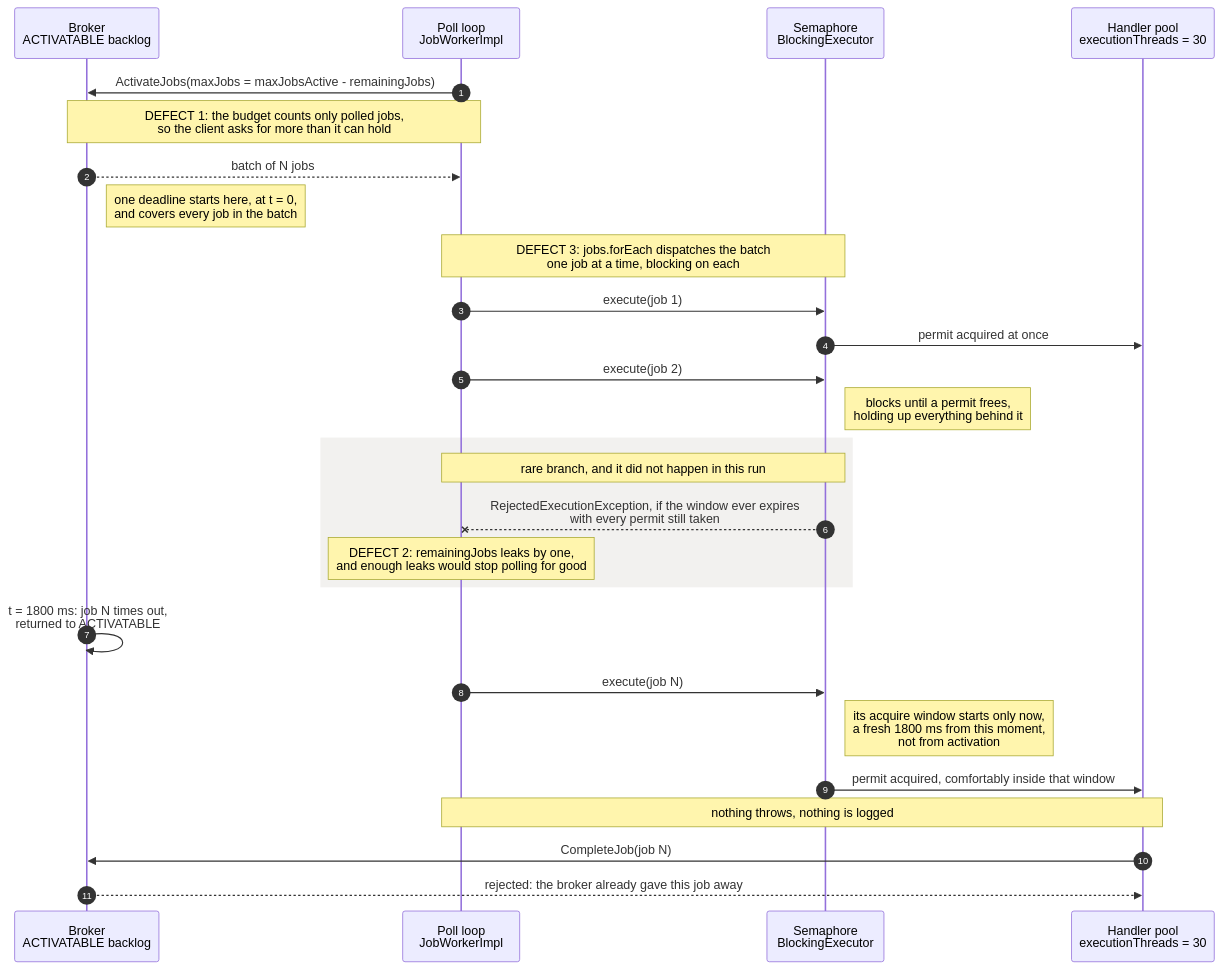
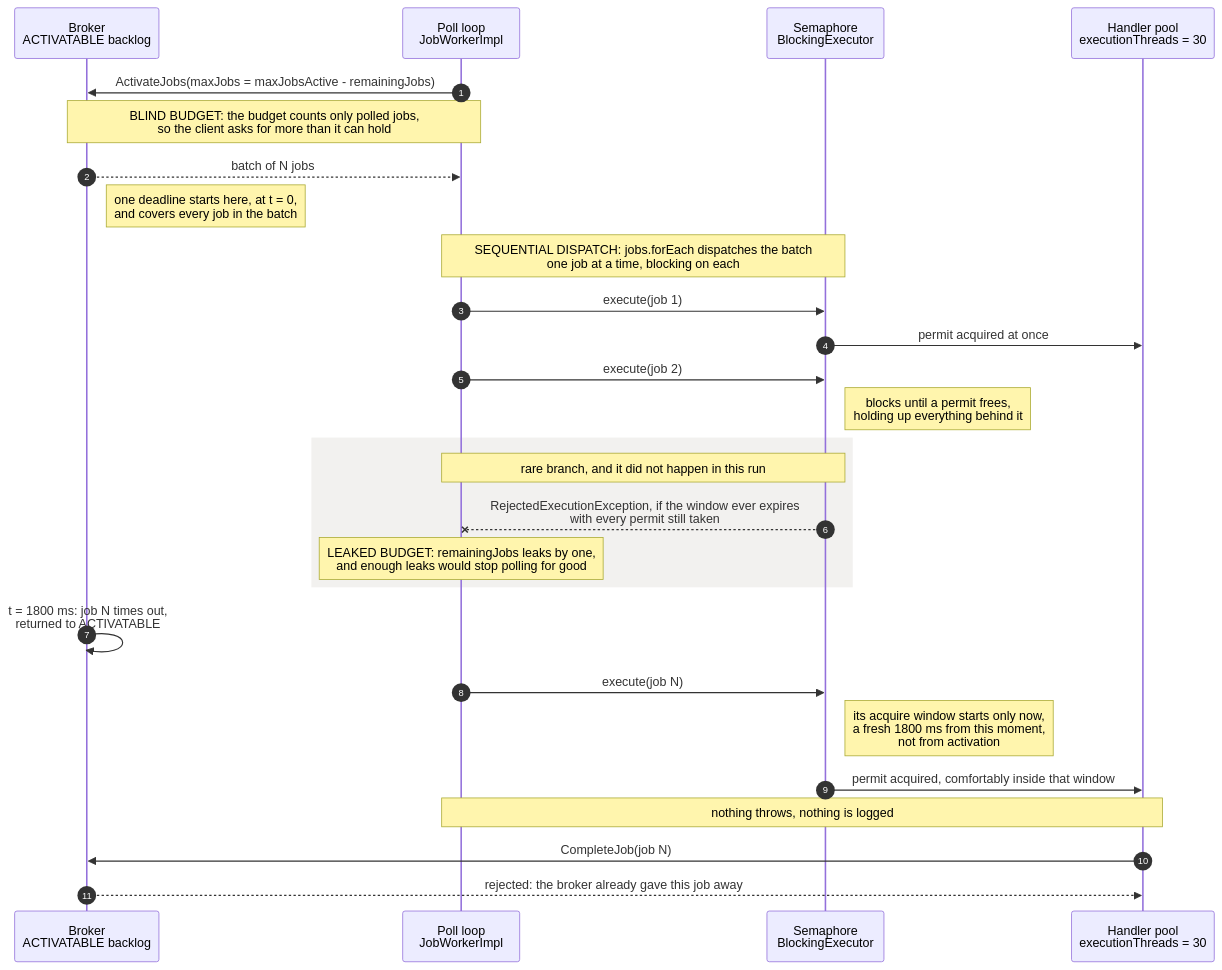
One commit to camunda/zeebe-chaos changed the diagram in chaos-days/blog/2026-08-06-worker-downtime-throughput-recovery/index.md. Above: the diagram before and after it, drawn with Mermaid. The commit also changed other lines of this file and 1 other file, not shown here.

````diff
--- a/chaos-days/blog/2026-08-06-worker-downtime-throughput-recovery/index.md
+++ b/chaos-days/blog/2026-08-06-worker-downtime-throughput-recovery/index.md
@@ -212,34 +212,34 @@
 ```mermaid
 sequenceDiagram
     autonumber
     participant B as Broker<br/>ACTIVATABLE backlog
     participant P as Poll loop<br/>JobWorkerImpl
     participant S as Semaphore<br/>BlockingExecutor
     participant H as Handler pool<br/>executionThreads = 30
 
     P->>B: ActivateJobs(maxJobs = maxJobsActive - remainingJobs)
-    Note over P,B: DEFECT 1: the budget counts only polled jobs,<br/>so the client asks for more than it can hold
+    Note over P,B: BLIND BUDGET: the budget counts only polled jobs,<br/>so the client asks for more than it can hold
     B-->>P: batch of N jobs
     Note right of B: one deadline starts here, at t = 0,<br/>and covers every job in the batch
 
-    Note over P,S: DEFECT 3: jobs.forEach dispatches the batch<br/>one job at a time, blocking on each
+    Note over P,S: SEQUENTIAL DISPATCH: jobs.forEach dispatches the batch<br/>one job at a time, blocking on each
     P->>S: execute(job 1)
     S->>H: permit acquired at once
     P->>S: execute(job 2)
     Note right of S: blocks until a permit frees,<br/>holding up everything behind it
 
     rect rgb(148, 142, 120, 0.12)
     Note over S,P: rare branch, and it did not happen in this run
     S--xP: RejectedExecutionException, if the window ever expires<br/>with every permit still taken
-    Note over P: DEFECT 2: remainingJobs leaks by one,<br/>and enough leaks would stop polling for good
+    Note over P: LEAKED BUDGET: remainingJobs leaks by one,<br/>and enough leaks would stop polling for good
     end
 
     B->>B: t = 1800 ms: job N times out,<br/>returned to ACTIVATABLE
     P->>S: execute(job N)
     Note right of S: its acquire window starts only now,<br/>a fresh 1800 ms from this moment,<br/>not from activation
     S->>H: permit acquired, comfortably inside that window
     Note over P,H: nothing throws, nothing is logged
     H->>B: CompleteJob(job N)
     B-->>H: rejected: the broker already gave this job away
 
 ```
````
